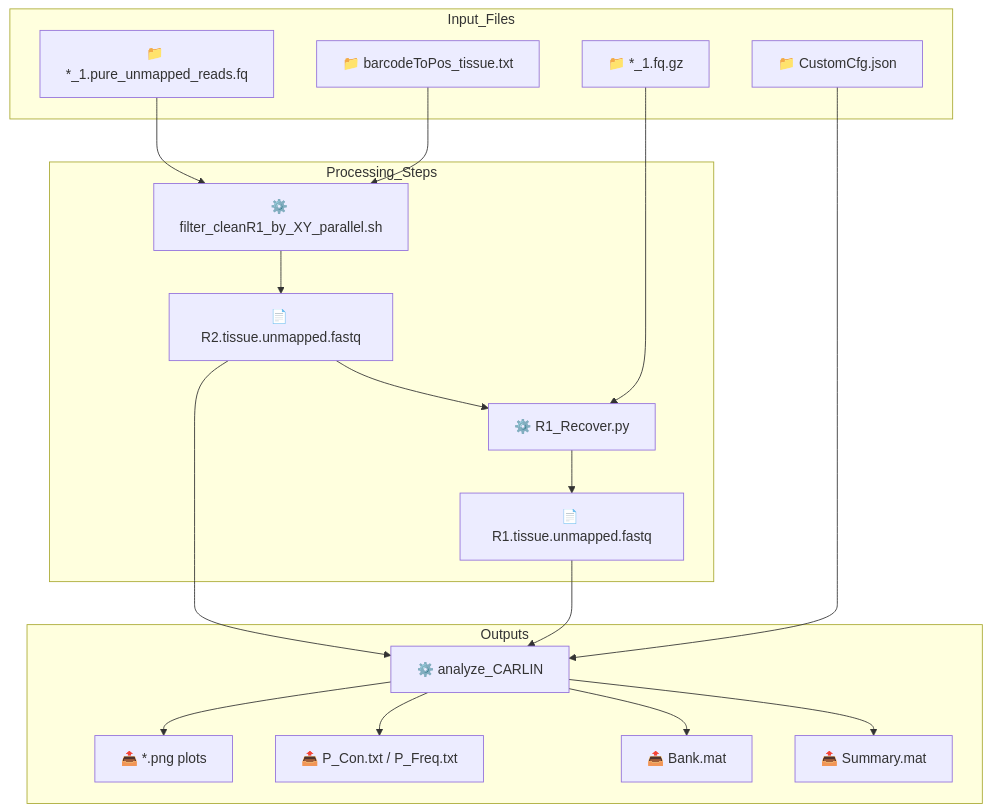
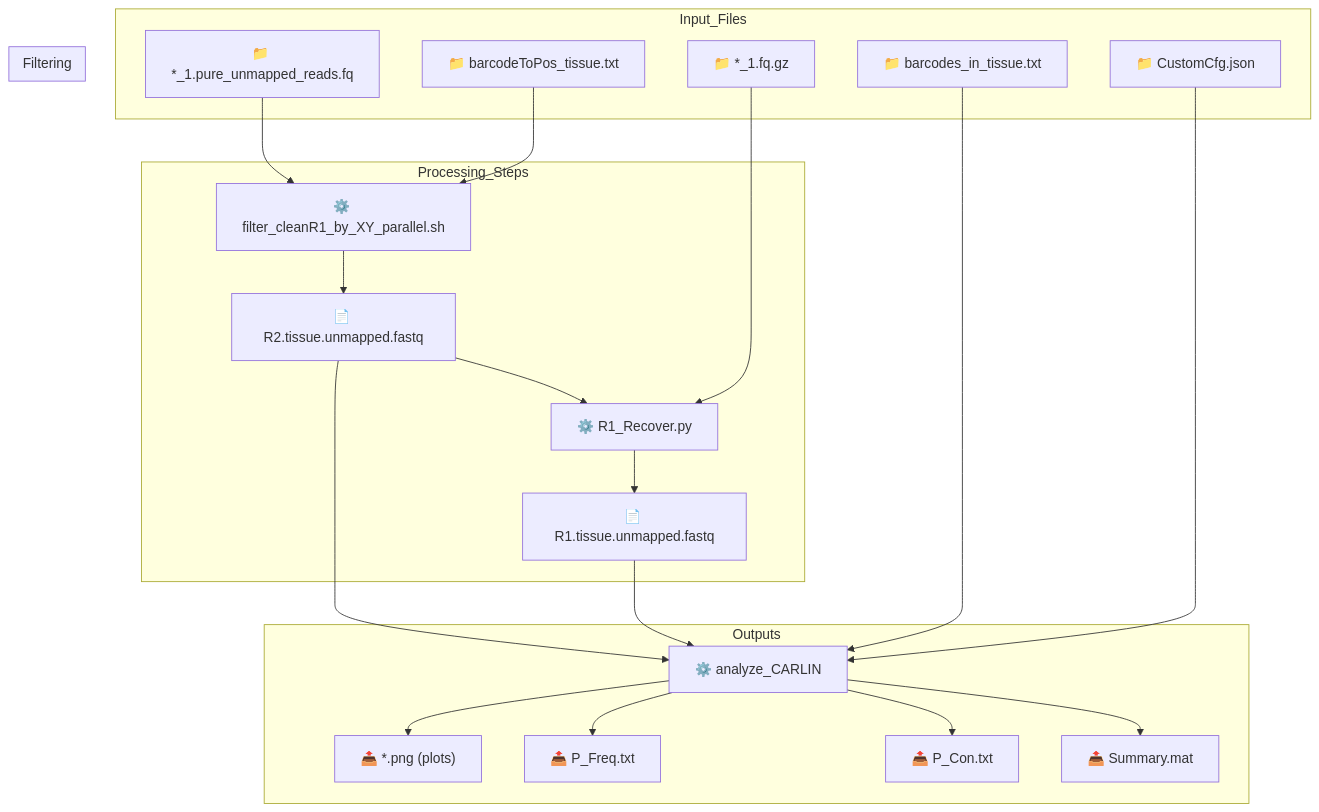
One commit to LabOnoM/DK.BeesGO changed the diagram in source/content/Dry/Software Engineering/CARLIN Lineage Analysis on Stereo-seq.md. Above: the diagram before and after it, drawn with Mermaid. The commit also changed other lines of this file and 1 other file, not shown here.

````diff
--- a/source/content/Dry/Software Engineering/CARLIN Lineage Analysis on Stereo-seq.md
+++ b/source/content/Dry/Software Engineering/CARLIN Lineage Analysis on Stereo-seq.md
@@ -300,38 +310,44 @@
-~~~mermaid
+```mermaid
 flowchart TD
-  subgraph Input_Files
+
+subgraph Input_Files
     A1["📁 *_1.pure_unmapped_reads.fq"]
     A2["📁 barcodeToPos_tissue.txt"]
     A3["📁 *_1.fq.gz"]
-    A4["📁 CustomCfg.json"]
-  end
+    A4["📁 barcodes_in_tissue.txt"]
+    A5["📁 CustomCfg.json"]
+end
 
-  subgraph Processing_Steps
+subgraph Processing_Steps
     B1["⚙️ filter_cleanR1_by_XY_parallel.sh"]
     B2["📄 R2.tissue.unmapped.fastq"]
     B3["⚙️ R1_Recover.py"]
     B4["📄 R1.tissue.unmapped.fastq"]
-  end
+end
 
-  subgraph Outputs
+subgraph Filtering
+    B1 --> B2
+end
+
+subgraph Outputs
     C1["⚙️ analyze_CARLIN"]
     C2["📤 Summary.mat"]
-    C3["📤 Bank.mat"]
-    C4["📤 P_Con.txt / P_Freq.txt"]
-    C5["📤 *.png plots"]
-  end
+    C3["📤 P_Con.txt"]
+    C4["📤 P_Freq.txt"]
+    C5["📤 *.png (plots)"]
+end
 
-  A1 --> B1
-  A2 --> B1
-  B1 --> B2
-  B2 --> B3
-  A3 --> B3
-  B3 --> B4
-  B4 --> C1
-  B2 --> C1
-  A4 --> C1
-  C1 --> C2
-  C1 --> C3
-  C1 --> C4
-  C1 --> C5
-~~~
+A1 --> B1
+A2 --> B1
+B2 --> B3
+A3 --> B3
+B3 --> B4
+B4 --> C1
+B2 --> C1
+A5 --> C1
+A4 --> C1
+C1 --> C2
+C1 --> C3
+C1 --> C4
+C1 --> C5
+```
````
